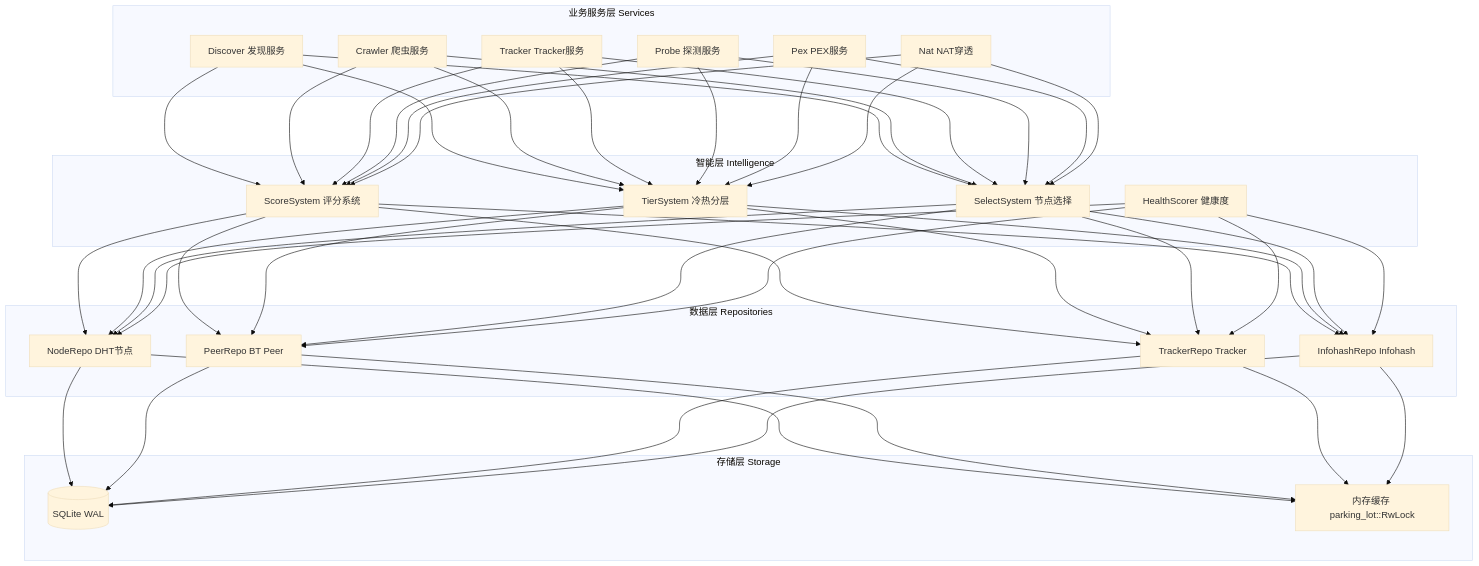
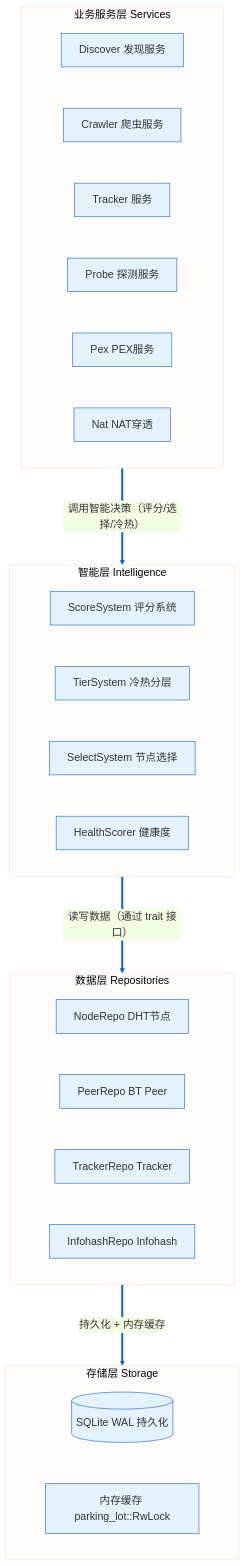
The first of 2 diagrams in docs/architecture/00-overview.md (PandaNetOS/pdc), drawn with Mermaid before and after one commit. The commit also changed other lines of this file, not shown here.

First line of the commit message:
docs: 重构架构分层图为两张超高分辨率图

````diff
--- a/docs/architecture/00-overview.md
+++ b/docs/architecture/00-overview.md
@@ -23,35 +27,39 @@
 ```mermaid
-%%{init: {'theme':'base', 'themeVariables': {'fontSize':'16px'}, 'flowchart': {'nodeSpacing': 60, 'rankSpacing': 100}}}%%
+%%{init: {'theme':'base', 'themeVariables': {'fontSize':'18px', 'fontFamily':'Segoe UI, Arial, sans-serif', 'primaryColor':'#e3f2fd', 'primaryBorderColor':'#1565c0', 'lineColor':'#1565c0'}, 'flowchart': {'nodeSpacing': 70, 'rankSpacing': 110, 'htmlLabels': true, 'curve':'basis'}}}%%
 graph TB
-    subgraph "业务服务层 Services"
-        S1[Discover 发现服务]
-        S2[Crawler 爬虫服务]
-        S3[Tracker Tracker服务]
-        S4[Probe 探测服务]
-        S5[Pex PEX服务]
-        S6[Nat NAT穿透]
+    subgraph L1 ["业务服务层 Services"]
+        direction LR
+        S1["Discover 发现服务"]
+        S2["Crawler 爬虫服务"]
+        S3["Tracker 服务"]
+        S4["Probe 探测服务"]
+        S5["Pex PEX服务"]
+        S6["Nat NAT穿透"]
     end
 
-    subgraph "智能层 Intelligence"
-        I1[ScoreSystem 评分系统]
-        I2[TierSystem 冷热分层]
-        I3[SelectSystem 节点选择]
-        I4[HealthScorer 健康度]
+    subgraph L2 ["智能层 Intelligence"]
+        direction LR
+        I1["ScoreSystem 评分系统"]
+        I2["TierSystem 冷热分层"]
+        I3["SelectSystem 节点选择"]
+        I4["HealthScorer 健康度"]
     end
 
-    subgraph "数据层 Repositories"
-        R1[NodeRepo DHT节点]
-        R2[PeerRepo BT Peer]
-        R3[TrackerRepo Tracker]
-        R4[InfohashRepo Infohash]
+    subgraph L3 ["数据层 Repositories"]
+        direction LR
+        R1["NodeRepo DHT节点"]
+        R2["PeerRepo BT Peer"]
+        R3["TrackerRepo Tracker"]
+        R4["InfohashRepo Infohash"]
     end
 
-    subgraph "存储层 Storage"
-        DB[(SQLite WAL)]
-        MEM[内存缓存 parking_lot::RwLock]
+    subgraph L4 ["存储层 Storage"]
+        direction LR
+        DB[("SQLite WAL 持久化")]
+        MEM["内存缓存 parking_lot::RwLock"]
     end
 
-    S1 & S2 & S3 & S4 & S5 & S6 --> I1 & I2 & I3
-    I1 & I2 & I3 & I4 --> R1 & R2 & R3 & R4
-    R1 & R2 & R3 & R4 --> MEM & DB
+    L1 ==>|"调用智能决策（评分/选择/冷热）"| L2
+    L2 ==>|"读写数据（通过 trait 接口）"| L3
+    L3 ==>|"持久化 + 内存缓存"| L4
 ```
````
